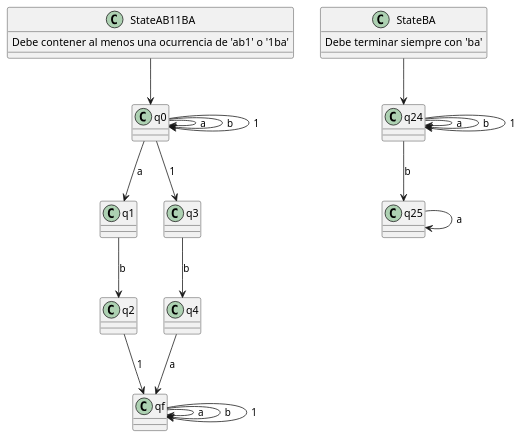
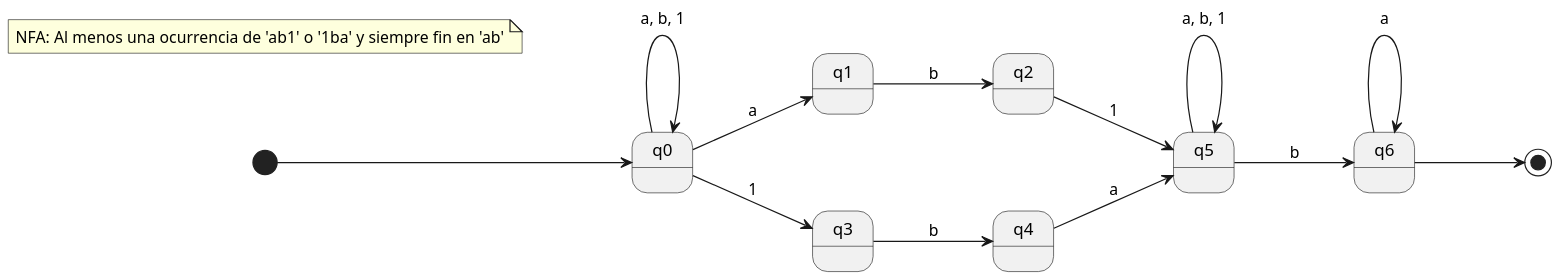
The diagram in README.md (GutierrezLuisEduardo/ImplementacionAnalisisLexico), drawn with PlantUML before and after one commit. The commit also changed other lines of this file, not shown here.

Commit message:
Clarify NFA description and add PlantUML code section
Updated the description of the NFA in the README to clarify its purpose and modeling approach. Added a details section to display the PlantUML code for better visibility.

````diff
--- a/README.md
+++ b/README.md
@@ -20,40 +24,42 @@
 ```PlantUML
 @startuml
+[*] --> q0
+left to right direction 
+scale 2048 width
 
-StateAB11BA --> q0
-StateAB11BA : Debe contener al menos una ocurrencia de 'ab1' o '1ba'
+skinparam nodesep 80
+skinparam ranksep 90
+
+note "NFA: Al menos una ocurrencia de 'ab1' o '1ba' y siempre fin en 'ab'" as nota
+
 
 ' Lee cualquier pregijo  
-q0 --> q0 : a  
-q0 --> q0 : b  
-q0 --> q0 : 1
+q0 --> q0 : a, b, 1
 
 ' Intento de detectar "ab1"
 q0 --> q1 : a  
 q1 --> q2 : b  
-q2 --> qf : 1
+q2 --> q5 : 1
 
 ' Intento de detectar "1ba"
 q0 --> q3 : 1  
 q3 --> q4 : b  
-q4 --> qf : a
+q4 --> q5 : a
 
 ' Encontró alguno  
-qf --> qf : a  
-qf --> qf : b  
-qf --> qf : 1
+q5 --> q5 : a, b, 1
 
-StateBA --> q24 
-StateBA : Debe terminar siempre con 'ba'
+q5 --> q6 : b
+q6 --> q6 : a
 
-' Cualquier prefijo
-q24 --> q24 : a  
-q24 --> q24 : b  
-q24 --> q24 : 1
+q6 --> [*]
 
-' Terminación en 'ba'
-q24 --> q25 : b  
-q25 --> q25 : a
-
+<style>
+stateDiagram {
+  arrow {
+    LineThickness 0.85
+  }
+}
+</style>
 @enduml
 ```
````
